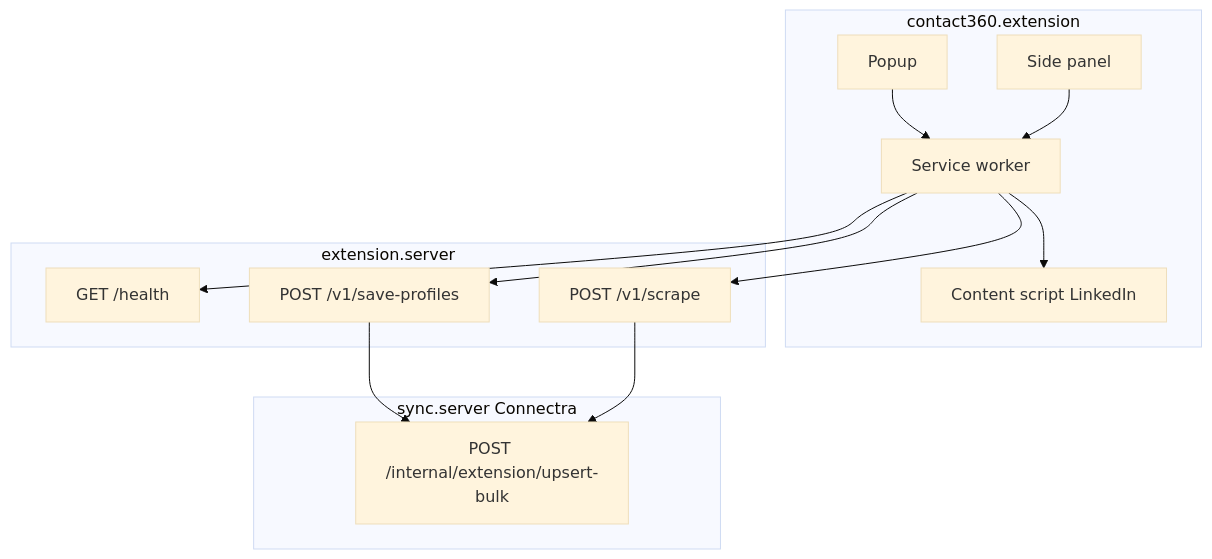
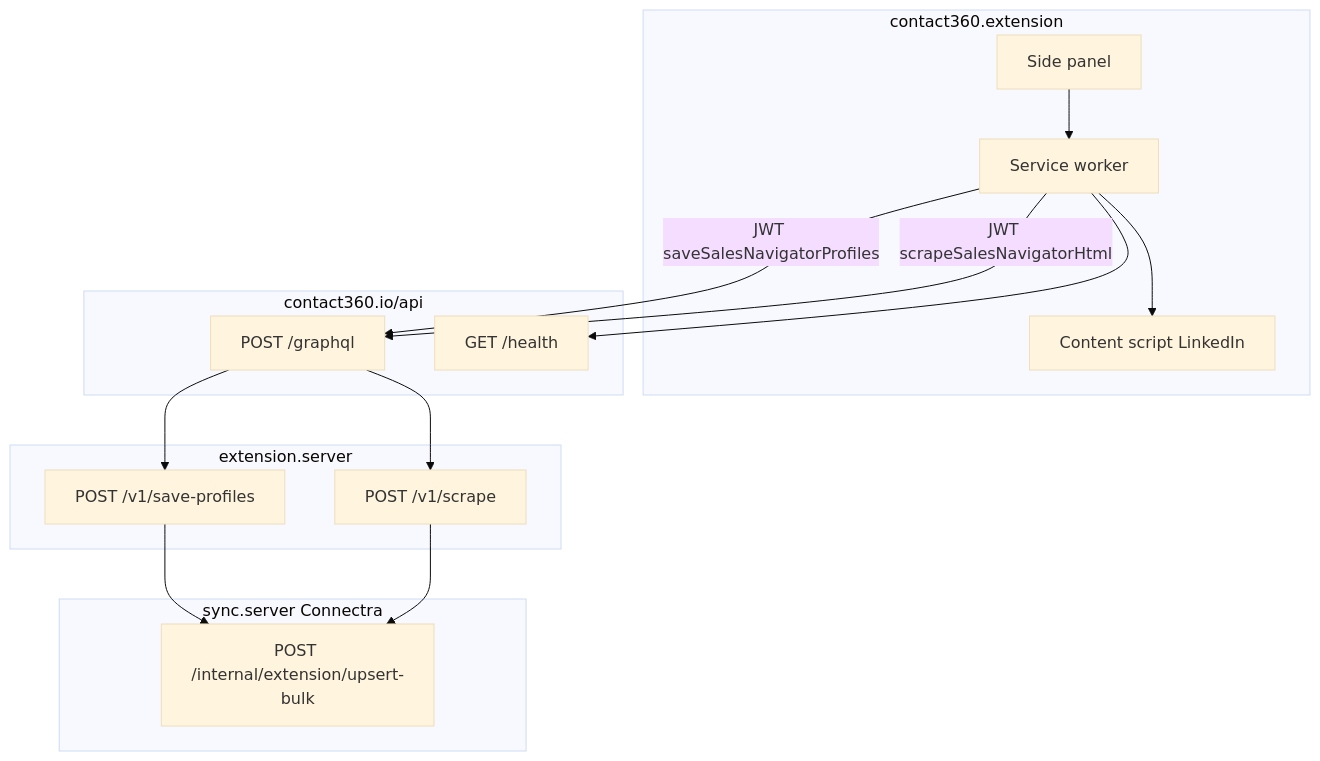
Before and after one commit to thekoushikdurgas/docsai: the diagram in flowchart/extension-capture.md, drawn with Mermaid (base theme). The commit also changed other lines of this file and 39 other files, not shown here.

````diff
--- a/flowchart/extension-capture.md
+++ b/flowchart/extension-capture.md
@@ -5,25 +5,28 @@
 ```mermaid
 flowchart TD
   subgraph ext [contact360.extension]
-    popup[Popup]
     panel[Side panel]
     sw[Service worker]
     cs[Content script LinkedIn]
   end
-  subgraph gw [extension.server]
-    health[GET /health]
+  subgraph api [contact360.io/api]
+    gql[POST /graphql]
+    healthApi[GET /health]
+  end
+  subgraph sat [extension.server]
     save[POST /v1/save-profiles]
     scrape[POST /v1/scrape]
   end
   subgraph sync [sync.server Connectra]
     bulk[POST /internal/extension/upsert-bulk]
   end
-  popup --> sw
   panel --> sw
   sw --> cs
-  sw --> health
-  sw --> save
-  sw --> scrape
+  sw --> healthApi
+  sw -->|"JWT saveSalesNavigatorProfiles"| gql
+  sw -->|"JWT scrapeSalesNavigatorHtml"| gql
+  gql --> save
+  gql --> scrape
   save --> bulk
   scrape --> bulk
 ```
````
